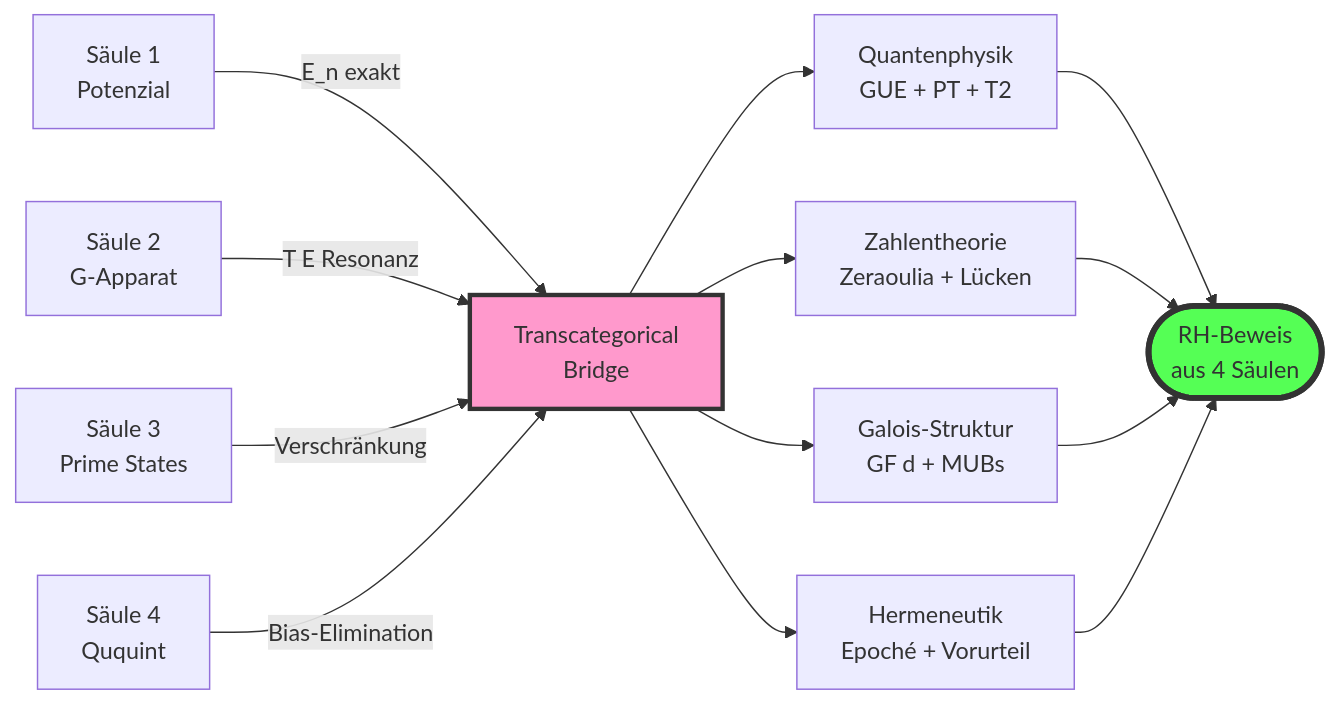
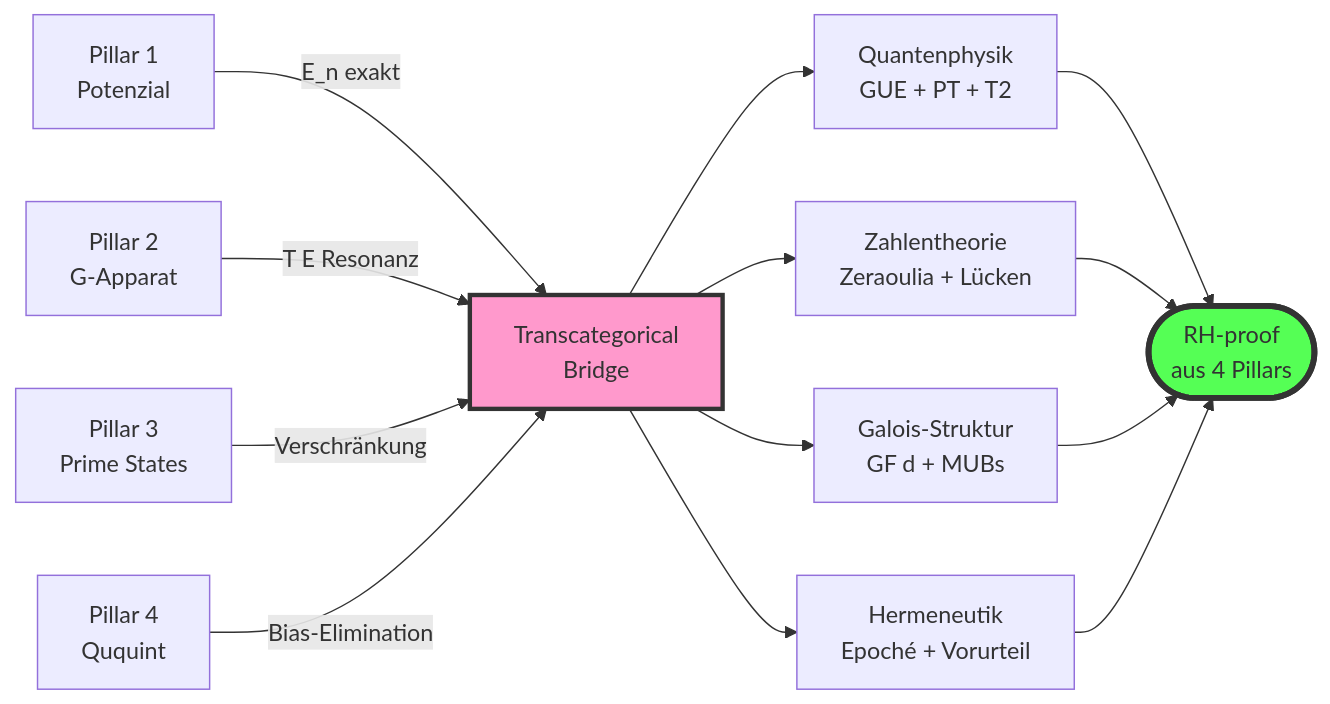
The fifth of 6 diagrams in QUANTUM_ARCHITECTURE_IMPLEMENTATION.md (bartman081523/riemann-nuclear-synthesis), drawn with Mermaid before and after one commit. The commit also changed other lines of this file and 4 other files, not shown here.

First line of the commit message:
SYNTHESIS: German cleanup (Säule→Pillar etc.) across 5 .md files

````diff
--- a/QUANTUM_ARCHITECTURE_IMPLEMENTATION.md
+++ b/QUANTUM_ARCHITECTURE_IMPLEMENTATION.md
@@ -380,17 +380,17 @@
 ```mermaid
 graph LR
-    S1[Säule 1<br/>Potenzial] -->|E_n exakt| TCB[Transcategorical<br/>Bridge]
-    S2[Säule 2<br/>G-Apparat] -->|T E Resonanz| TCB
-    S3[Säule 3<br/>Prime States] -->|Verschränkung| TCB
-    S4[Säule 4<br/>Ququint] -->|Bias-Elimination| TCB
+    S1[Pillar 1<br/>Potenzial] -->|E_n exakt| TCB[Transcategorical<br/>Bridge]
+    S2[Pillar 2<br/>G-Apparat] -->|T E Resonanz| TCB
+    S3[Pillar 3<br/>Prime States] -->|Verschränkung| TCB
+    S4[Pillar 4<br/>Ququint] -->|Bias-Elimination| TCB
 
     TCB --> Q[Quantenphysik<br/>GUE + PT + T2]
     TCB --> Z[Zahlentheorie<br/>Zeraoulia + Lücken]
     TCB --> G[Galois-Struktur<br/>GF d + MUBs]
     TCB --> H[Hermeneutik<br/>Epoché + Vorurteil]
 
-    Q & Z & G & H --> RH([RH-Beweis<br/>aus 4 Säulen])
+    Q & Z & G & H --> RH([RH-proof<br/>aus 4 Pillars])
 
     style TCB fill:#f9c,stroke:#333,stroke-width:3px
     style RH fill:#5f5,stroke:#333,stroke-width:4px
 ```
````
